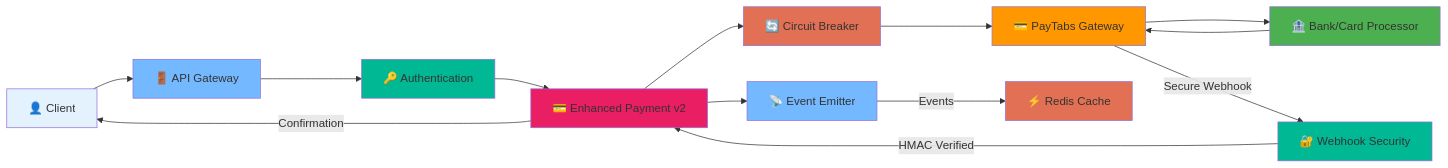
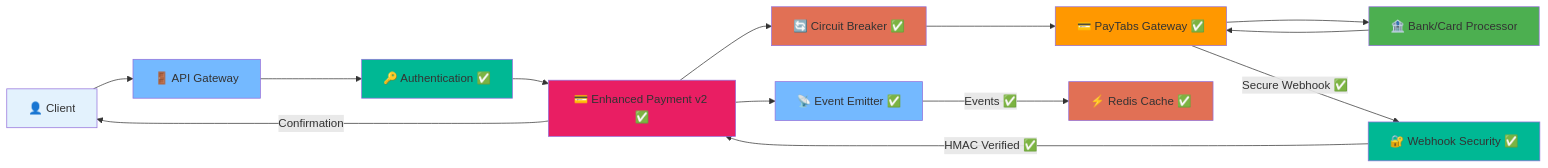
One commit to abdoElHodaky/Nestcms changed the second of 4 diagrams in docs/diagrams/system-architecture.md. Above: the diagram before and after it, drawn with Mermaid. The commit also changed other lines of this file and 1 other file, not shown here.

First line of the commit message:
docs: update architecture diagrams with implementation status

````diff
--- a/docs/diagrams/system-architecture.md
+++ b/docs/diagrams/system-architecture.md
@@ -202,26 +204,26 @@
 ```mermaid
 graph LR
     Client[👤 Client] --> API[🚪 API Gateway]
-    API --> Auth[🔑 Authentication]
-    Auth --> PayV2[💳 Enhanced Payment v2]
-    PayV2 --> CB[🔄 Circuit Breaker]
-    CB --> PayTabs[💳 PayTabs Gateway]
+    API --> Auth[🔑 Authentication ✅]
+    Auth --> PayV2[💳 Enhanced Payment v2 ✅]
+    PayV2 --> CB[🔄 Circuit Breaker ✅]
+    CB --> PayTabs[💳 PayTabs Gateway ✅]
     PayTabs --> Bank[🏦 Bank/Card Processor]
     Bank --> PayTabs
-    PayTabs --> |Secure Webhook| WS[🔐 Webhook Security]
-    WS --> |HMAC Verified| PayV2
-    PayV2 --> EE[📡 Event Emitter]
-    EE --> |Events| Cache[⚡ Redis Cache]
+    PayTabs --> |Secure Webhook ✅| WS[🔐 Webhook Security ✅]
+    WS --> |HMAC Verified ✅| PayV2
+    PayV2 --> EE[📡 Event Emitter ✅]
+    EE --> |Events ✅| Cache[⚡ Redis Cache ✅]
     PayV2 --> |Confirmation| Client
     
     style Client fill:#e3f2fd
     style API fill:#74b9ff
     style Auth fill:#00b894
     style PayV2 fill:#e91e63
     style CB fill:#e17055
     style PayTabs fill:#ff9800
     style Bank fill:#4caf50
     style WS fill:#00b894
     style EE fill:#74b9ff
     style Cache fill:#e17055
 ```
````
